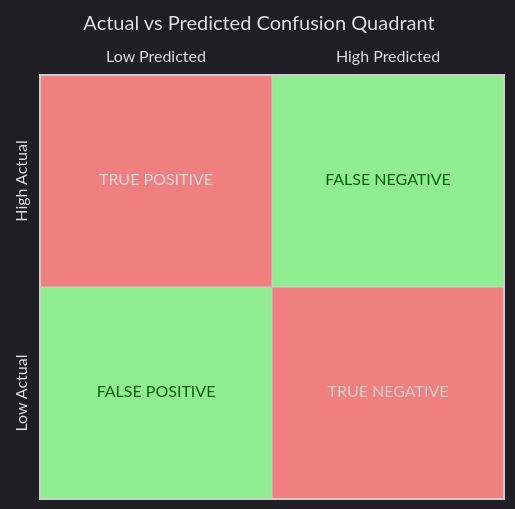
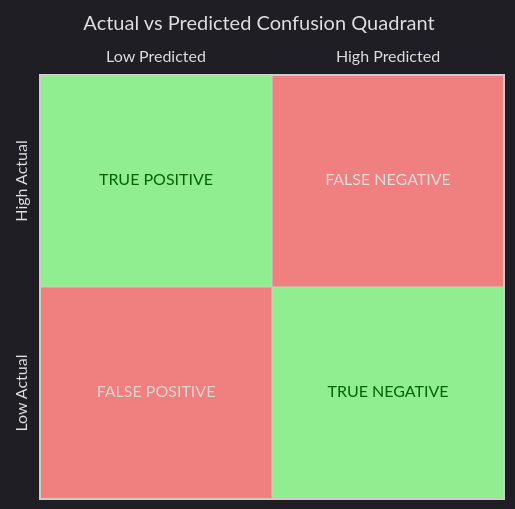
One commit to VanshDeshwal/notes changed the seventh of 7 diagrams in Data Science Notes/100 days of ML/Machine Learning Notes.md. Above: the diagram before and after it, drawn with Mermaid.

Commit message:
vault backup: 2025-08-05 01:34:08

````diff
--- a/Data Science Notes/100 days of ML/Machine Learning Notes.md
+++ b/Data Science Notes/100 days of ML/Machine Learning Notes.md
@@ -1555,23 +1555,23 @@
 ```mermaid
 %%{init: {
   "theme": "dark",
   "themeVariables": {
-    "quadrant1Fill": "#90ee90",
-    "quadrant1TextFill": "#006400",
-    "quadrant2Fill": "#f08080",
-    "quadrant3Fill": "#90ee90",
-    "quadrant3TextFill": "#006400",
-    "quadrant4Fill": "#f08080"
+    "quadrant1Fill": "#f08080",
+    "quadrant2TextFill": "#006400",
+    "quadrant2Fill": "#90ee90",
+    "quadrant3Fill": "#f08080",
+    "quadrant4TextFill": "#006400",
+    "quadrant4Fill": "#90ee90"
  
   }
 }}%%
 quadrantChart
     title Actual vs Predicted Confusion Quadrant
     x-axis Low Predicted --> High Predicted
     y-axis Low Actual --> High Actual
     quadrant-1 FALSE NEGATIVE
     quadrant-2 TRUE POSITIVE
     quadrant-3 FALSE POSITIVE
     quadrant-4 TRUE NEGATIVE
 
 ```
````
